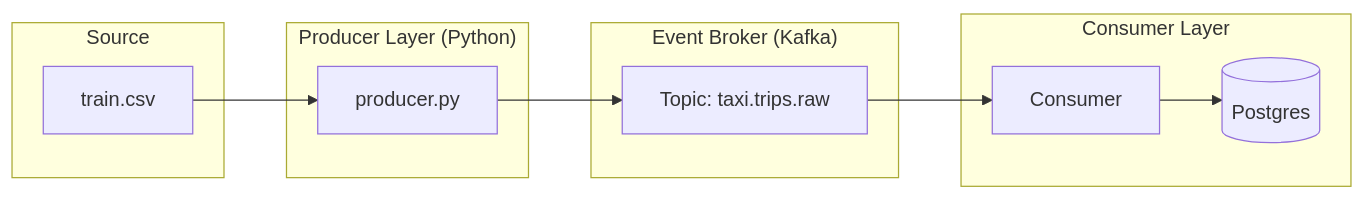
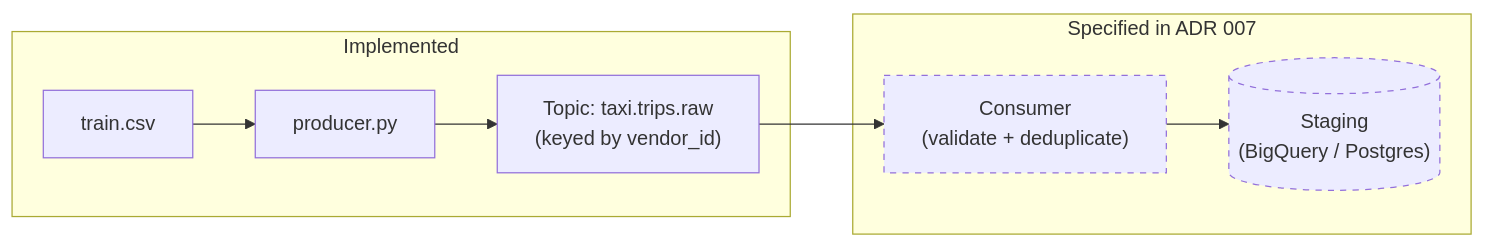
The diagram in pipelines/streaming/README.md (Timotheus704/data_engineering_poc), drawn with Mermaid before and after one commit. The commit also changed other lines of this file and 1 other file, not shown here.

````diff
--- a/pipelines/streaming/README.md
+++ b/pipelines/streaming/README.md
@@ -7,19 +47,15 @@
 ```mermaid
 graph LR
-    subgraph "Source"
-        CSV[train.csv]
+    subgraph "Implemented"
+        CSV[train.csv] --> P[producer.py]
+        P --> K["Topic: taxi.trips.raw\n(keyed by vendor_id)"]
     end
     
-    subgraph "Producer Layer (Python)"
-        CSV --> P[producer.py]
+    subgraph "Specified in ADR 007"
+        K --> C["Consumer\n(validate + deduplicate)"]
+        C --> DB[("Staging\n(BigQuery / Postgres)")]
     end
-    
-    subgraph "Event Broker (Kafka)"
-        P --> K["Topic: taxi.trips.raw"]
-    end
-    
-    subgraph "Consumer Layer"
-        K --> C[Consumer]
-        C --> DB[(Postgres)]
-    end
+
+    style C stroke-dasharray: 5 5
+    style DB stroke-dasharray: 5 5
 ```
````
